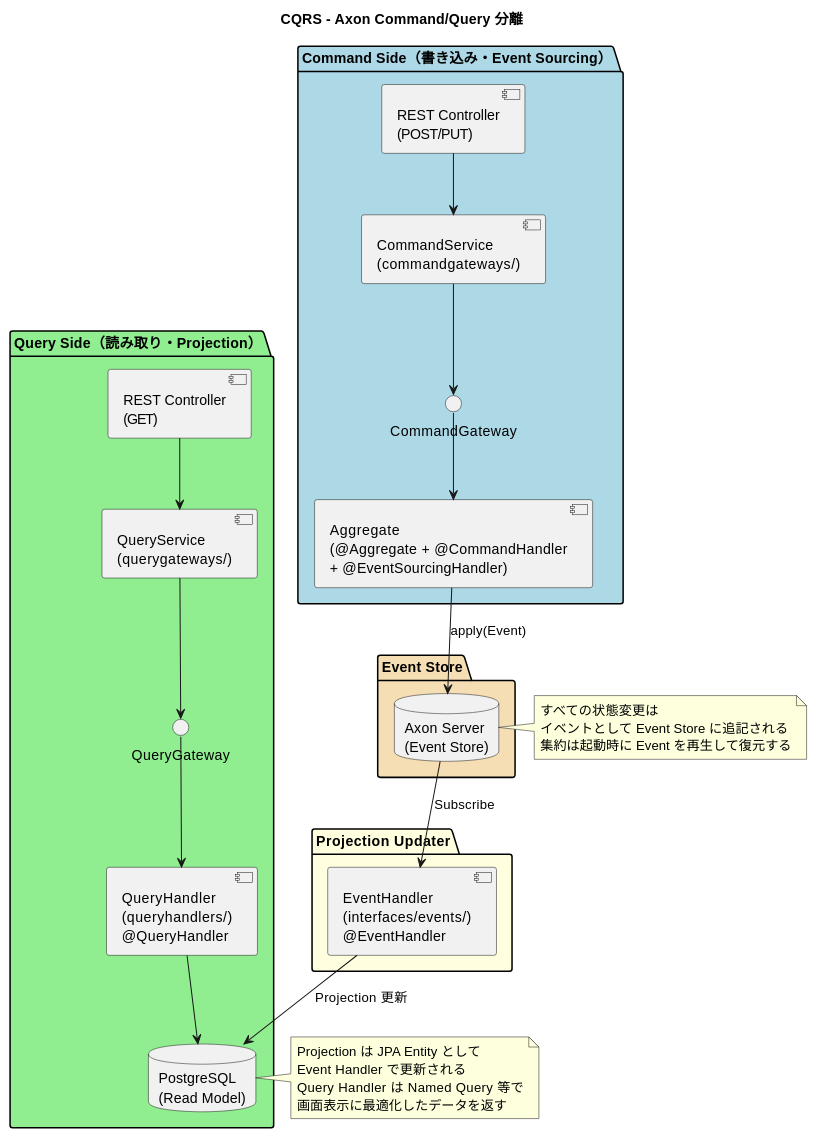
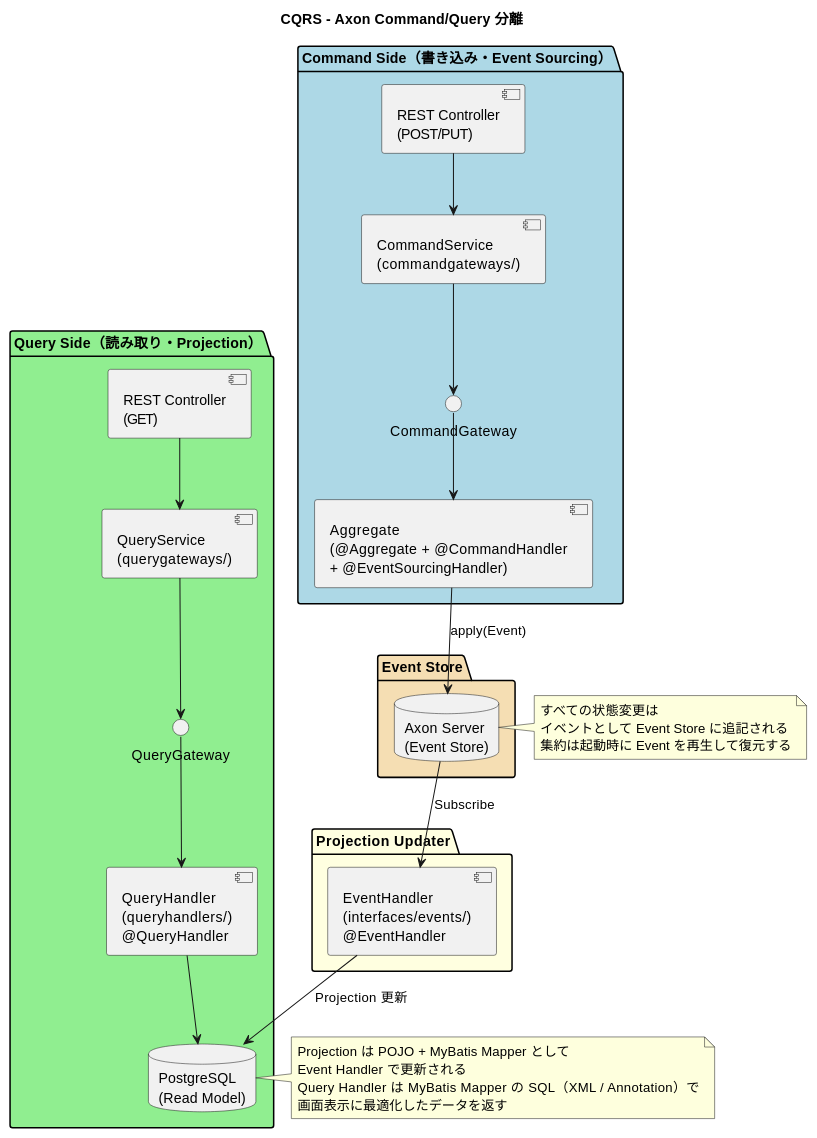
Before and after one commit to k2works/case-study-cargo-tracker: the fourth of 8 diagrams in docs/design/architecture_backend.md, drawn with PlantUML. The commit also changed other lines of this file and 6 other files, not shown here.

First line of the commit message:
refactor(design): データアクセスを JPA から MyBatis に変更

````diff
--- a/docs/design/architecture_backend.md
+++ b/docs/design/architecture_backend.md
@@ -585,55 +587,55 @@
 ```plantuml
 @startuml
 title CQRS - Axon Command/Query 分離
 
 package "Command Side（書き込み・Event Sourcing）" as cmd #LightBlue {
   [REST Controller\n(POST/PUT)]
   [CommandService\n(commandgateways/)]
   interface "CommandGateway"
   [Aggregate\n(@Aggregate + @CommandHandler\n+ @EventSourcingHandler)]
 }
 
 package "Event Store" as es #Wheat {
   database "Axon Server\n(Event Store)" as ES
 }
 
 package "Projection Updater" as up #LightYellow {
   [EventHandler\n(interfaces/events/)\n@EventHandler]
 }
 
 package "Query Side（読み取り・Projection）" as qry #LightGreen {
   [REST Controller\n(GET)]
   [QueryService\n(querygateways/)]
   interface "QueryGateway"
   [QueryHandler\n(queryhandlers/)\n@QueryHandler]
   database "PostgreSQL\n(Read Model)" as RM
 }
 
 [REST Controller\n(POST/PUT)] --> [CommandService\n(commandgateways/)]
 [CommandService\n(commandgateways/)] --> CommandGateway
 CommandGateway --> [Aggregate\n(@Aggregate + @CommandHandler\n+ @EventSourcingHandler)]
 [Aggregate\n(@Aggregate + @CommandHandler\n+ @EventSourcingHandler)] --> ES : apply(Event)
 
 ES --> [EventHandler\n(interfaces/events/)\n@EventHandler] : Subscribe
 [EventHandler\n(interfaces/events/)\n@EventHandler] --> RM : Projection 更新
 
 [REST Controller\n(GET)] --> [QueryService\n(querygateways/)]
 [QueryService\n(querygateways/)] --> QueryGateway
 QueryGateway --> [QueryHandler\n(queryhandlers/)\n@QueryHandler]
 [QueryHandler\n(queryhandlers/)\n@QueryHandler] --> RM
 
 note right of ES
   すべての状態変更は
   イベントとして Event Store に追記される
   集約は起動時に Event を再生して復元する
 end note
 
 note right of RM
-  Projection は JPA Entity として
+  Projection は POJO + MyBatis Mapper として
   Event Handler で更新される
-  Query Handler は Named Query 等で
+  Query Handler は MyBatis Mapper の SQL（XML / Annotation）で
   画面表示に最適化したデータを返す
 end note
 
 @enduml
 ```
````
